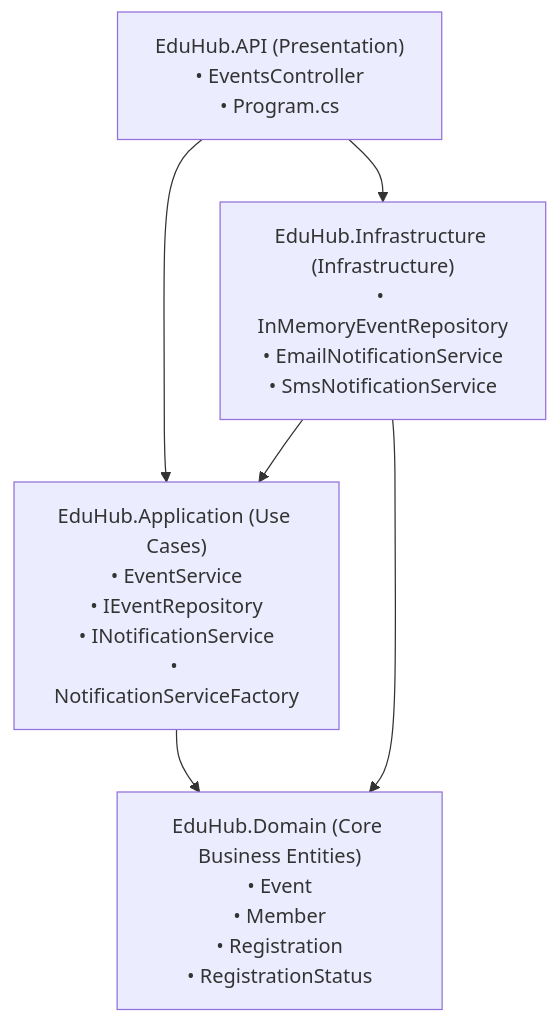
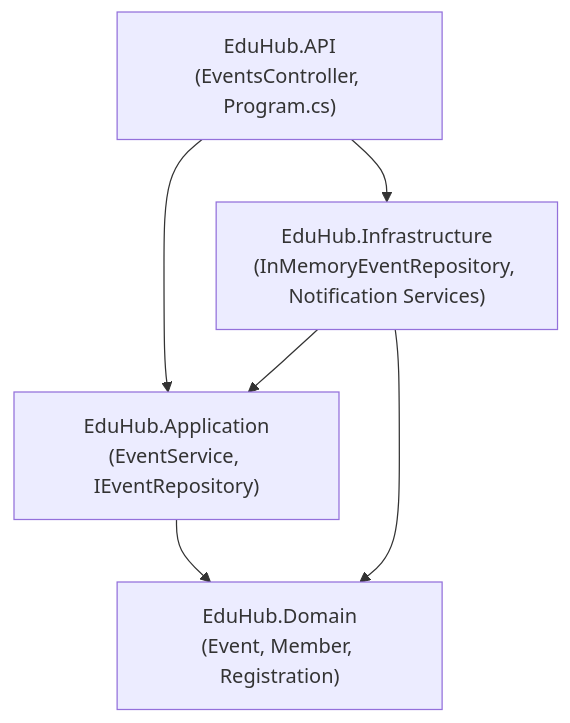
One commit to NNDiemMy/IN421109--PTPMHDT changed the second of 2 diagrams in TRA-LOI.md. Above: the diagram before and after it, drawn with Mermaid. The commit also changed other lines of this file and 7 other files, not shown here.

````diff
--- a/TRA-LOI.md
+++ b/TRA-LOI.md
@@ -96,8 +47,8 @@
 ```mermaid
 graph TD
-    API["EduHub.API (Presentation)<br/>• EventsController<br/>• Program.cs"] --> Application["EduHub.Application (Use Cases)<br/>• EventService<br/>• IEventRepository<br/>• INotificationService<br/>• NotificationServiceFactory"]
-    API --> Infrastructure["EduHub.Infrastructure (Infrastructure)<br/>• InMemoryEventRepository<br/>• EmailNotificationService<br/>• SmsNotificationService"]
+    API["EduHub.API<br/>(EventsController, Program.cs)"] --> Application["EduHub.Application<br/>(EventService, IEventRepository)"]
+    API --> Infrastructure["EduHub.Infrastructure<br/>(InMemoryEventRepository, Notification Services)"]
     Infrastructure --> Application
-    Infrastructure --> Domain["EduHub.Domain (Core Business Entities)<br/>• Event<br/>• Member<br/>• Registration<br/>• RegistrationStatus"]
+    Infrastructure --> Domain["EduHub.Domain<br/>(Event, Member, Registration)"]
     Application --> Domain
 ```
````
